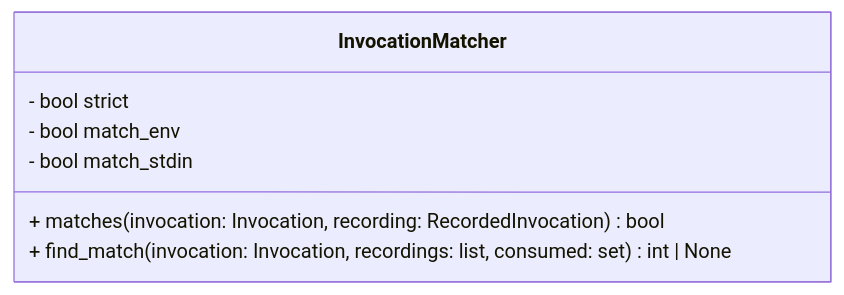
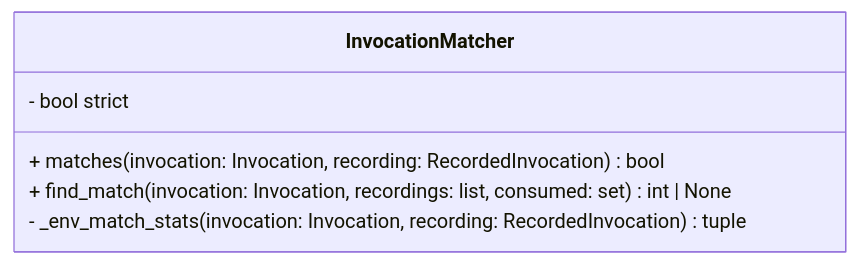
One commit to leynos/cmd-mox changed diagram 25 of 27 in docs/python-native-command-mocking-design.md. Above: the diagram before and after it, drawn with Mermaid. The commit also changed other lines of this file and 19 other files, not shown here.

````diff
--- a/docs/python-native-command-mocking-design.md
+++ b/docs/python-native-command-mocking-design.md
@@ -2176,10 +2176,9 @@
 ```mermaid
 classDiagram
     class InvocationMatcher {
         - bool strict
-        - bool match_env
-        - bool match_stdin
         + matches(invocation: Invocation, recording: RecordedInvocation) bool
         + find_match(invocation: Invocation, recordings: list, consumed: set) int | None
+        - _env_match_stats(invocation: Invocation, recording: RecordedInvocation) tuple
     }
 ```
````
